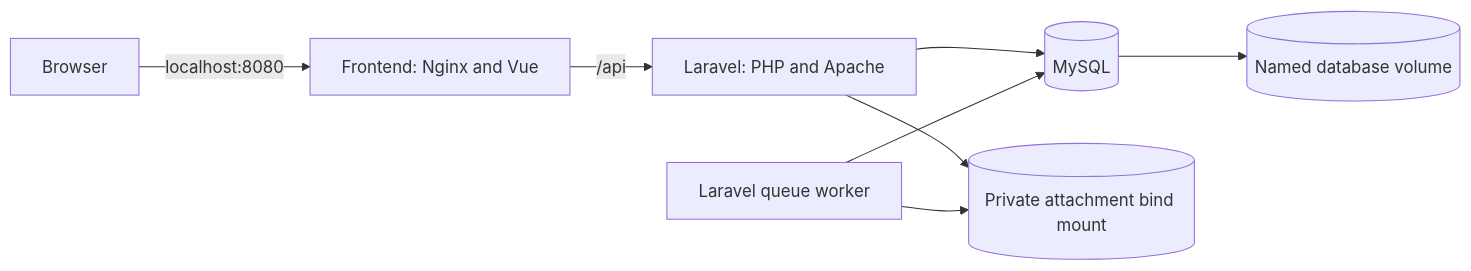
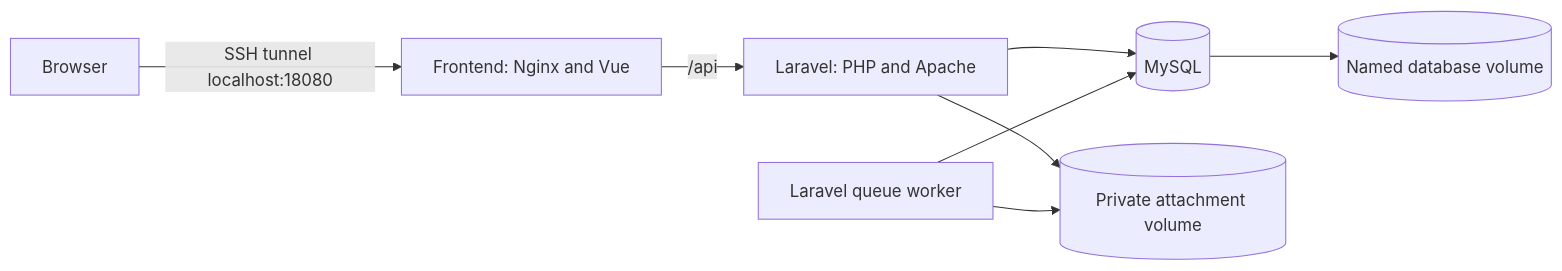
One commit to Sama-Mokom/CampusDesk changed the second of 2 diagrams in CI-CD.md. Above: the diagram before and after it, drawn with Mermaid. The commit also changed other lines of this file and 4 other files, not shown here.

````diff
--- a/CI-CD.md
+++ b/CI-CD.md
@@ -50,10 +68,10 @@
 ```mermaid
 flowchart LR
-    Browser -->|localhost:8080| Web[Frontend: Nginx and Vue]
+    Browser -->|SSH tunnel localhost:18080| Web[Frontend: Nginx and Vue]
     Web -->|/api| API[Laravel: PHP and Apache]
     API --> DB[(MySQL)]
     Worker[Laravel queue worker] --> DB
-    API --> Uploads[(Private attachment bind mount)]
+    API --> Uploads[(Private attachment volume)]
     Worker --> Uploads
     DB --> Data[(Named database volume)]
 ```
````
